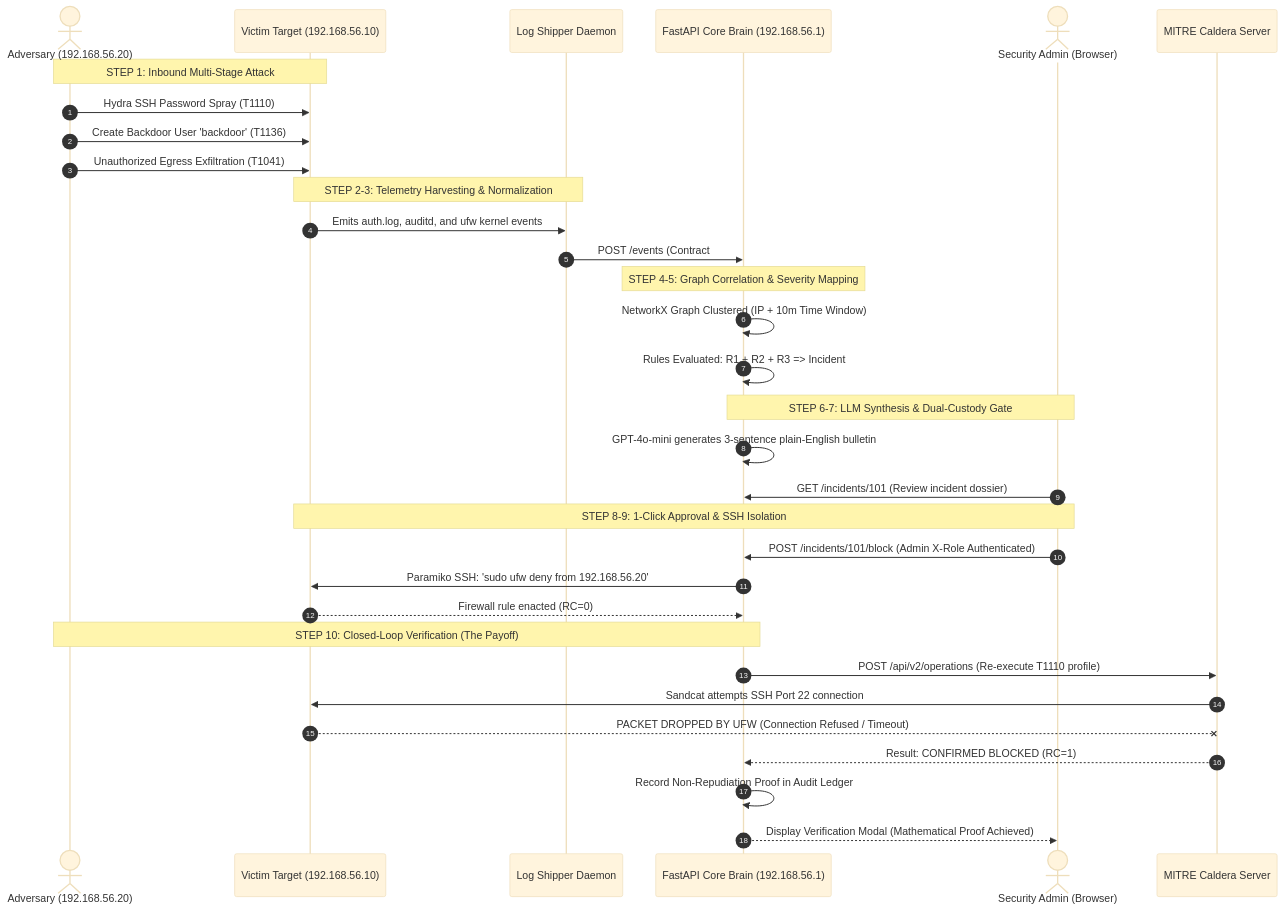
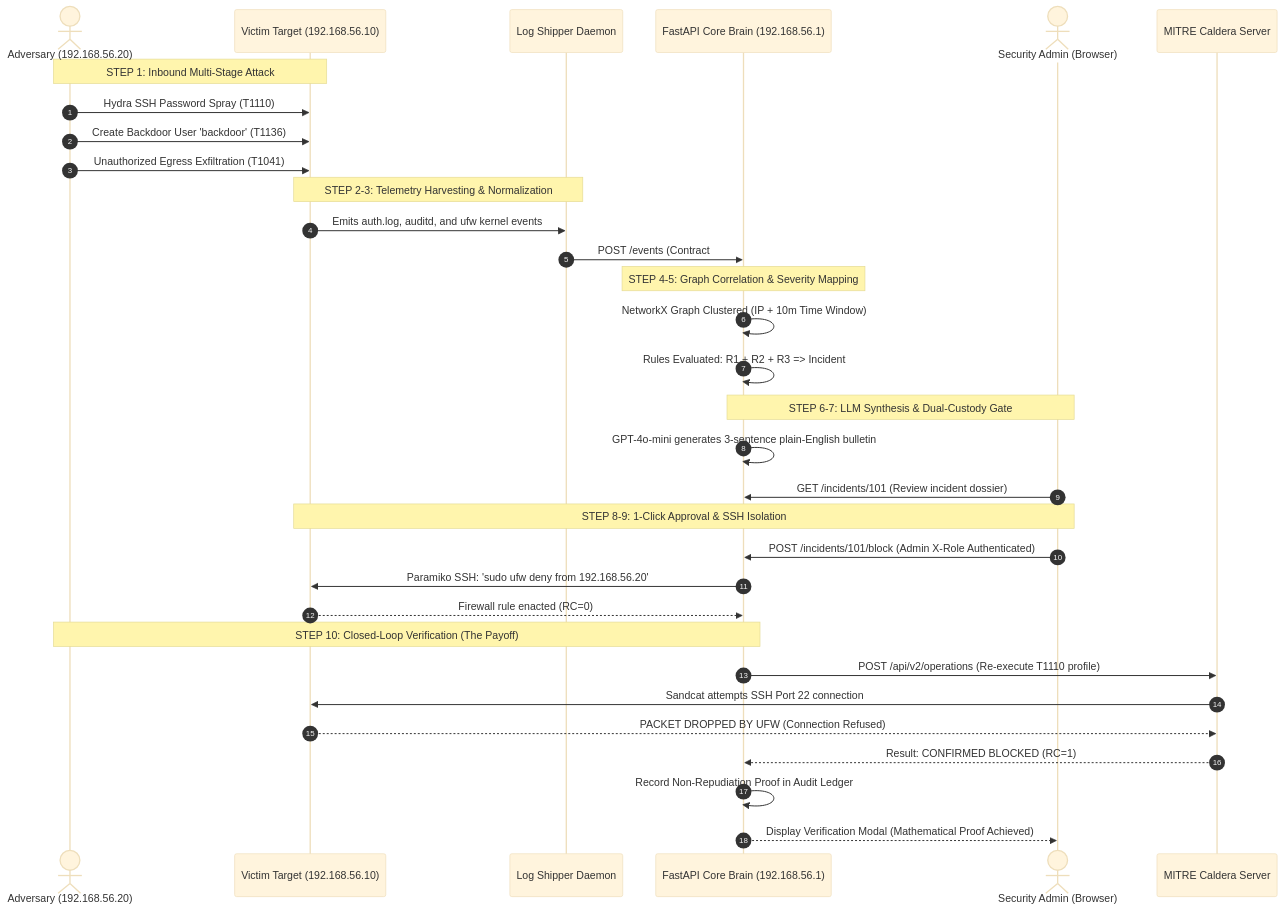
Before and after one commit to V3DxNT/KODIKON: the second of 2 diagrams in README.md, drawn with Mermaid (base theme). The commit also changed other lines of this file, not shown here.

Commit message:
fix(readme): resolve mermaid parser edge label syntax and katex underscore formatting

````diff
--- a/README.md
+++ b/README.md
@@ -229,40 +229,40 @@
 ```mermaid
 sequenceDiagram
     autonumber
     actor Attacker as Adversary (192.168.56.20)
     participant Victim as Victim Target (192.168.56.10)
     participant Shipper as Log Shipper Daemon
     participant Brain as FastAPI Core Brain (192.168.56.1)
     actor Admin as Security Admin (Browser)
     participant Caldera as MITRE Caldera Server
 
     Note over Attacker,Victim: STEP 1: Inbound Multi-Stage Attack
     Attacker->>Victim: Hydra SSH Password Spray (T1110)
     Attacker->>Victim: Create Backdoor User 'backdoor' (T1136)
     Attacker->>Victim: Unauthorized Egress Exfiltration (T1041)
 
     Note over Victim,Shipper: STEP 2-3: Telemetry Harvesting & Normalization
     Victim->>Shipper: Emits auth.log, auditd, and ufw kernel events
     Shipper->>Brain: POST /events (Contract #1 Normalized JSON)
 
     Note over Brain: STEP 4-5: Graph Correlation & Severity Mapping
     Brain->>Brain: NetworkX Graph Clustered (IP + 10m Time Window)
     Brain->>Brain: Rules Evaluated: R1 + R2 + R3 => Incident #101 (HIGH)
 
     Note over Brain,Admin: STEP 6-7: LLM Synthesis & Dual-Custody Gate
     Brain->>Brain: GPT-4o-mini generates 3-sentence plain-English bulletin
     Admin->>Brain: GET /incidents/101 (Review incident dossier)
     
     Note over Admin,Victim: STEP 8-9: 1-Click Approval & SSH Isolation
     Admin->>Brain: POST /incidents/101/block (Admin X-Role Authenticated)
     Brain->>Victim: Paramiko SSH: 'sudo ufw deny from 192.168.56.20'
     Victim-->>Brain: Firewall rule enacted (RC=0)
 
     Note over Brain,Attacker: STEP 10: Closed-Loop Verification (The Payoff)
     Brain->>Caldera: POST /api/v2/operations (Re-execute T1110 profile)
     Caldera->>Victim: Sandcat attempts SSH Port 22 connection
-    Victim--xCaldera: PACKET DROPPED BY UFW (Connection Refused / Timeout)
+    Victim-->>Caldera: PACKET DROPPED BY UFW (Connection Refused)
     Caldera-->>Brain: Result: CONFIRMED BLOCKED (RC=1)
     Brain->>Brain: Record Non-Repudiation Proof in Audit Ledger
     Brain-->>Admin: Display Verification Modal (Mathematical Proof Achieved)
 ```
````
